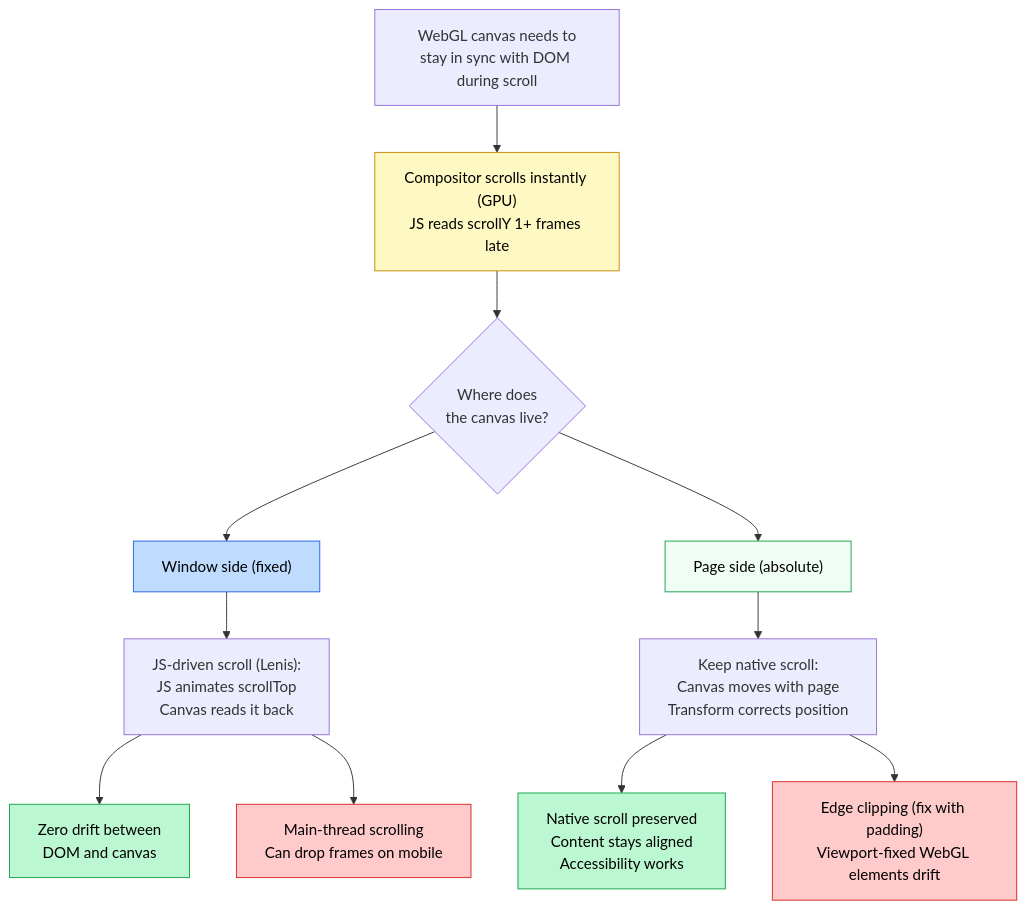
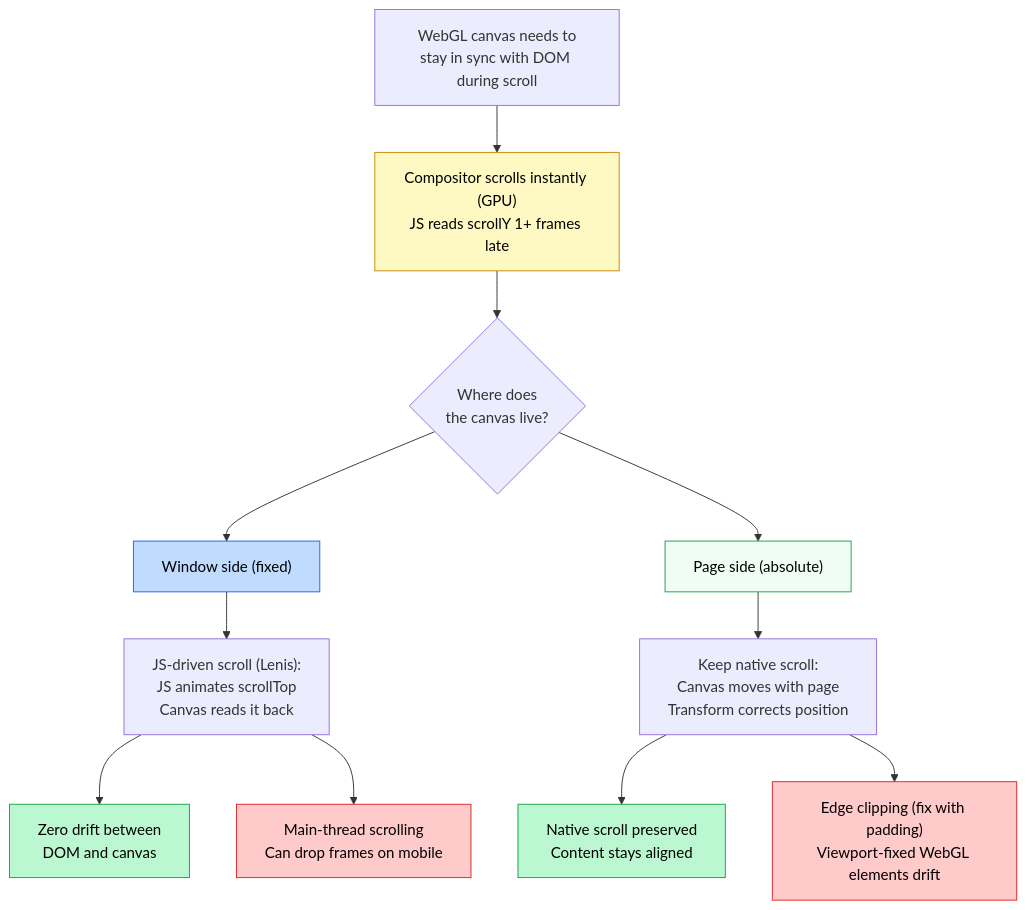
One commit to joyco-studio/hub changed the tenth of 10 diagrams in content/logs/08-webgl-scroll-sync.mdx. Above: the diagram before and after it, drawn with Mermaid. The commit also changed other lines of this file, not shown here.

Commit message:
Remove accessibility mentions from absolute approach
https://claude.ai/code/session_01Kfxdj2YeDedSJnNVWnaWne

````diff
--- a/content/logs/08-webgl-scroll-sync.mdx
+++ b/content/logs/08-webgl-scroll-sync.mdx
@@ -354,25 +354,25 @@
 ```mermaid
 flowchart TD
     ROOT["WebGL canvas needs to<br/>stay in sync with DOM during scroll"]
     ROOT --> PROBLEM["Compositor scrolls instantly (GPU)<br/>JS reads scrollY 1+ frames late"]
     PROBLEM --> Q{"Where does<br/>the canvas live?"}
 
     Q --> FIXED["Window side (fixed)"]
     Q --> ABS["Page side (absolute)"]
 
     FIXED --> FIX_HOW["JS-driven scroll (Lenis):<br/>JS animates scrollTop<br/>Canvas reads it back"]
     FIX_HOW --> FIX_PRO["Zero drift between<br/>DOM and canvas"]
     FIX_HOW --> FIX_CON["Main-thread scrolling<br/>Can drop frames on mobile"]
 
     ABS --> ABS_HOW["Keep native scroll:<br/>Canvas moves with page<br/>Transform corrects position"]
-    ABS_HOW --> ABS_PRO["Native scroll preserved<br/>Content stays aligned<br/>Accessibility works"]
+    ABS_HOW --> ABS_PRO["Native scroll preserved<br/>Content stays aligned"]
     ABS_HOW --> ABS_CON["Edge clipping (fix with padding)<br/>Viewport-fixed WebGL elements drift"]
 
     style PROBLEM fill:#fef9c3,stroke:#ca8a04,color:#000
     style FIXED fill:#bfdbfe,stroke:#2563eb,color:#000
     style ABS fill:#f0fdf4,stroke:#16a34a,color:#000
     style FIX_PRO fill:#bbf7d0,stroke:#16a34a,color:#000
     style FIX_CON fill:#fecaca,stroke:#dc2626,color:#000
     style ABS_PRO fill:#bbf7d0,stroke:#16a34a,color:#000
     style ABS_CON fill:#fecaca,stroke:#dc2626,color:#000
 ```
````
